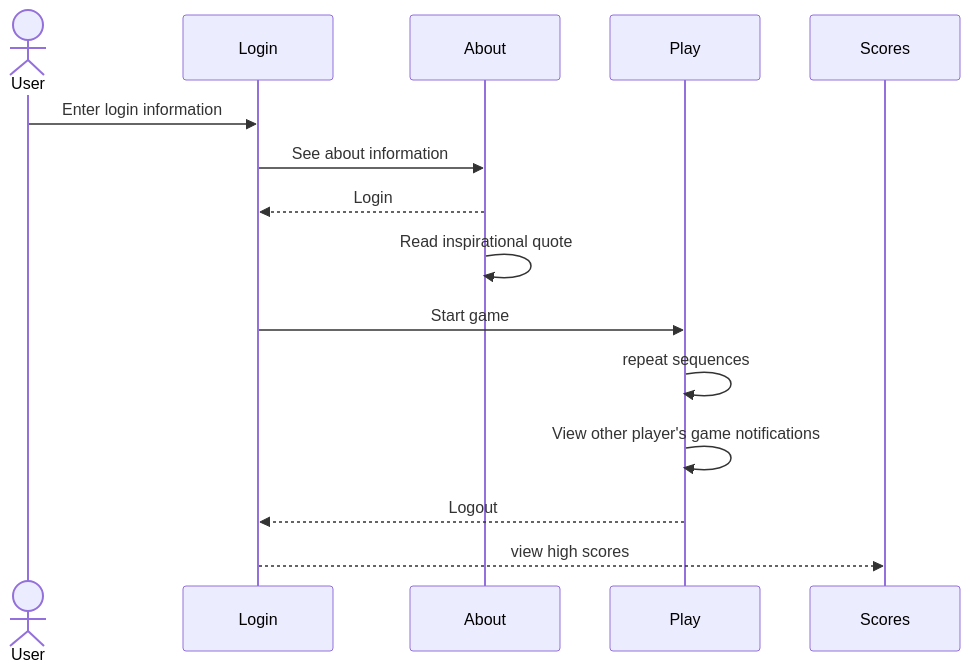
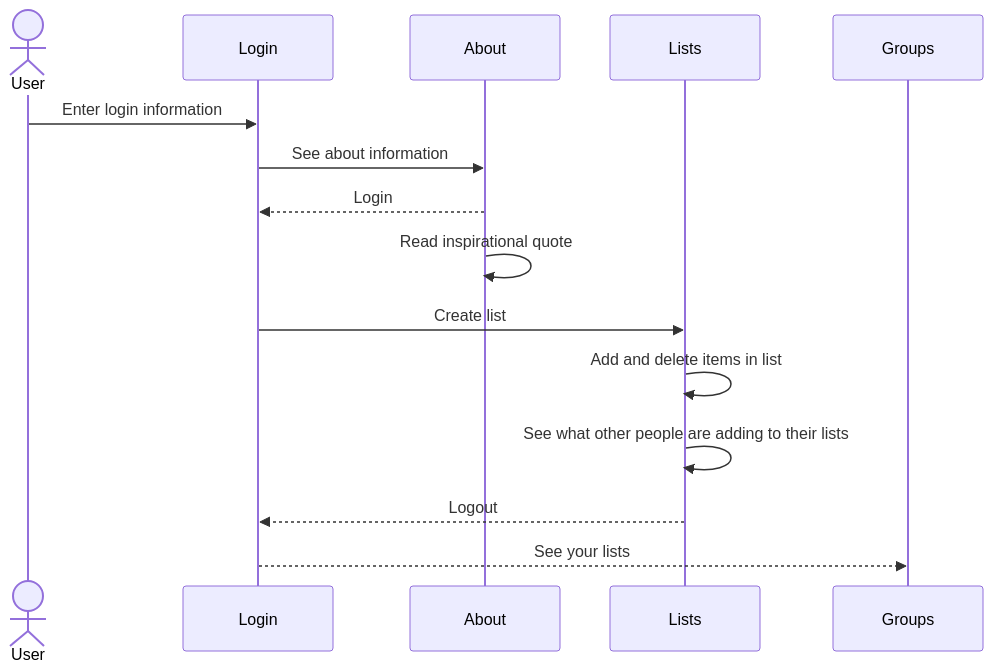
The diagram in README.md (reecegeese/startup), drawn with Mermaid before and after one commit. The commit also changed other lines of this file and 8 other files, not shown here.

````diff
--- a/README.md
+++ b/README.md
@@ -31,13 +25,13 @@
 ```mermaid
 sequenceDiagram
     actor User
     User->>Login: Enter login information
     Login->>About: See about information
     About-->>Login: Login
     About->>About: Read inspirational quote
-    Login->>Play: Start game
-    Play->>Play: repeat sequences
-    Play->>Play: View other player's game notifications
-    Play-->>Login: Logout
-    Login-->>Scores: view high scores
+    Login->>Lists: Create list
+    Lists->>Lists: Add and delete items in list
+    Lists->>Lists: See what other people are adding to their lists
+    Lists-->>Login: Logout
+    Login-->>Groups: See your lists
 ```
````
